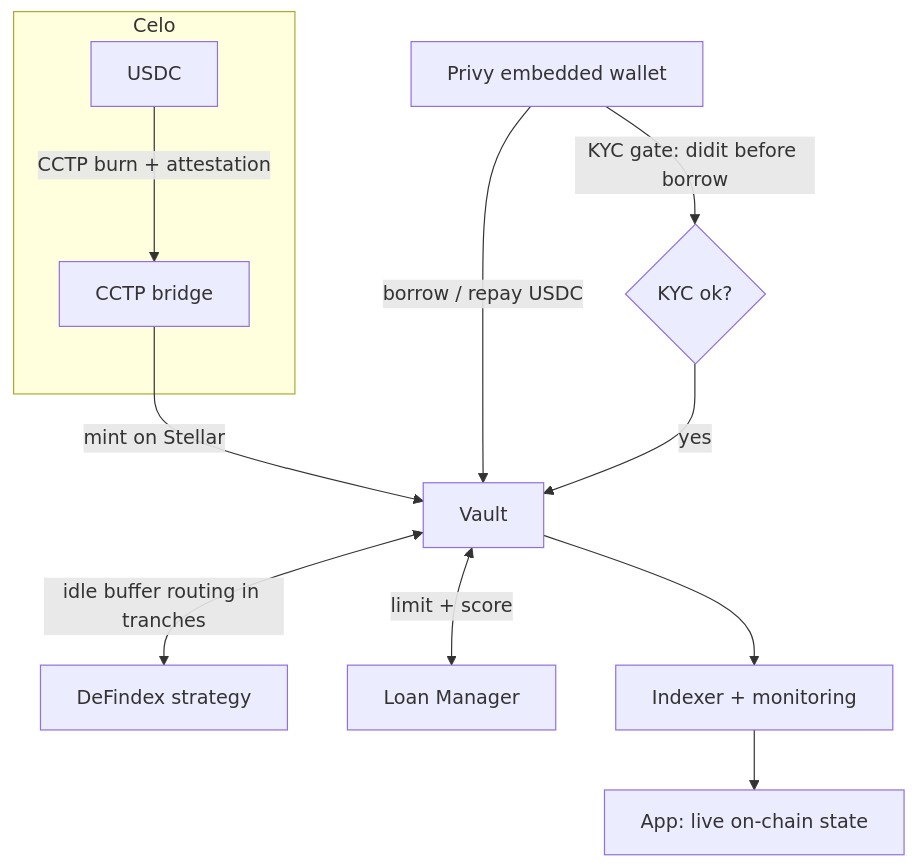
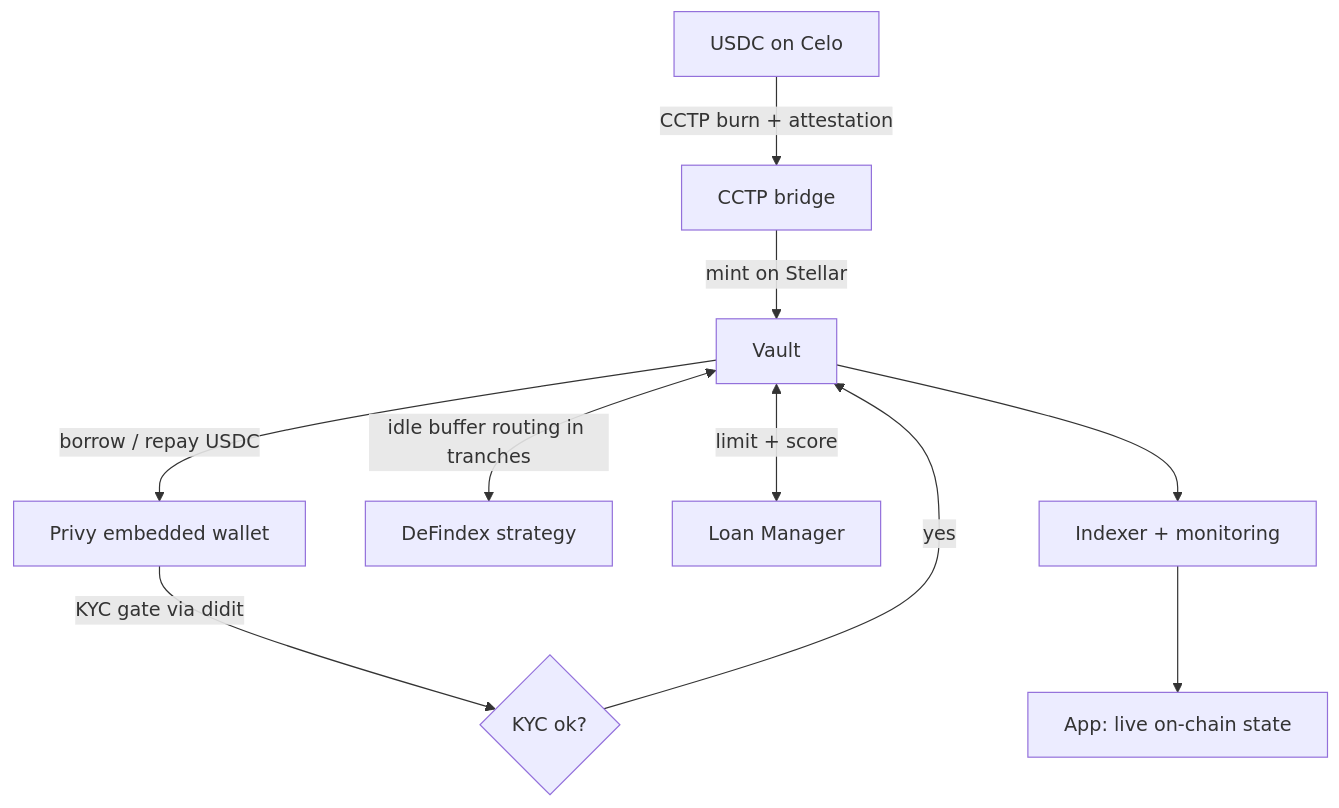
One commit to LuchoLeonel/lendoor-stellar changed the second of 2 diagrams in docs/ARCHITECTURE.md. Above: the diagram before and after it, drawn with Mermaid. The commit also changed other lines of this file, not shown here.

Commit message:
docs: harden mermaid diagrams + add DeFindex worked example

````diff
--- a/docs/ARCHITECTURE.md
+++ b/docs/ARCHITECTURE.md
@@ -83,14 +85,12 @@
 ```mermaid
 flowchart TD
-  subgraph SRC[Celo]
-    C[USDC] -->|CCTP burn + attestation| BR
-  end
-  BR[CCTP bridge] -->|mint on Stellar| V[Vault]
-  P[Privy embedded wallet] -->|borrow / repay USDC| V
-  P -->|KYC gate: didit before borrow| G{KYC ok?}
+  C["USDC on Celo"] -->|"CCTP burn + attestation"| BR["CCTP bridge"]
+  BR -->|"mint on Stellar"| V["Vault"]
+  P["Privy embedded wallet"] -->|"KYC gate via didit"| G{"KYC ok?"}
   G -->|yes| V
-  V <-->|idle buffer routing in tranches| D[DeFindex strategy]
-  V <-->|limit + score| LM[Loan Manager]
-  V --> IDX[Indexer + monitoring]
-  IDX --> APP[App: live on-chain state]
+  V -->|"borrow / repay USDC"| P
+  V <-->|"idle buffer routing in tranches"| D["DeFindex strategy"]
+  V <-->|"limit + score"| LM["Loan Manager"]
+  V --> IDX["Indexer + monitoring"]
+  IDX --> APP["App: live on-chain state"]
 ```
````
